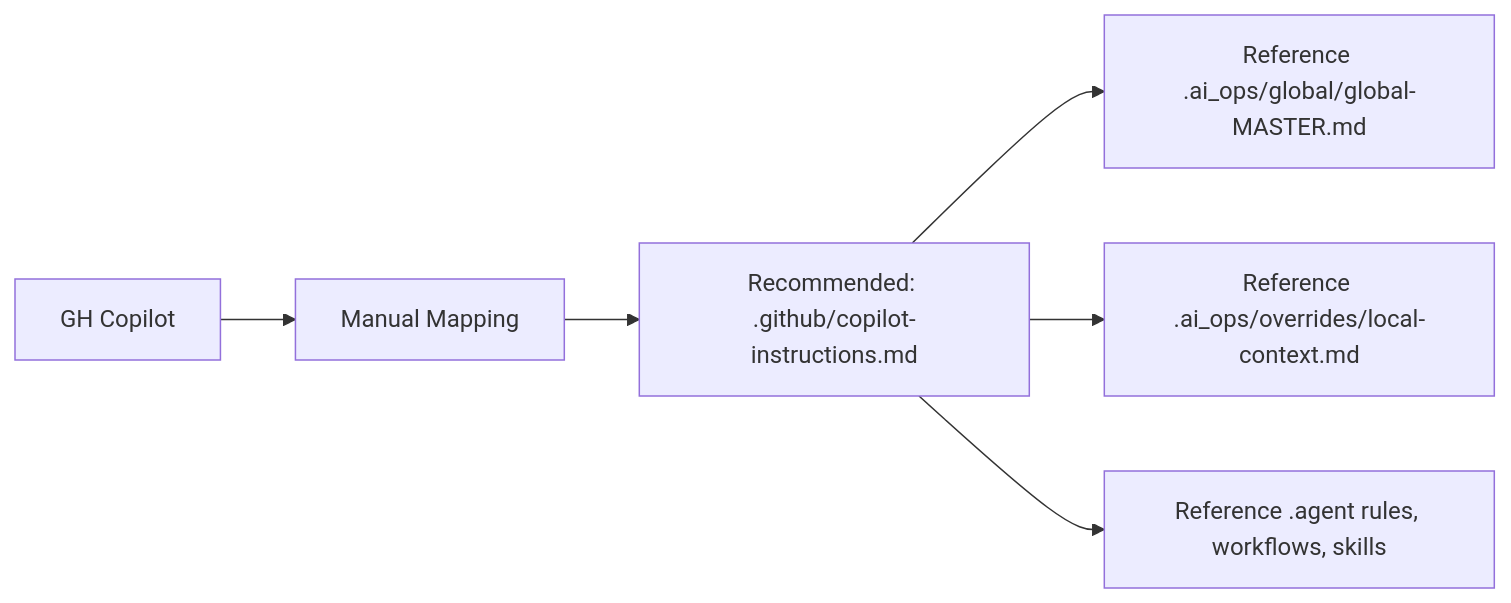
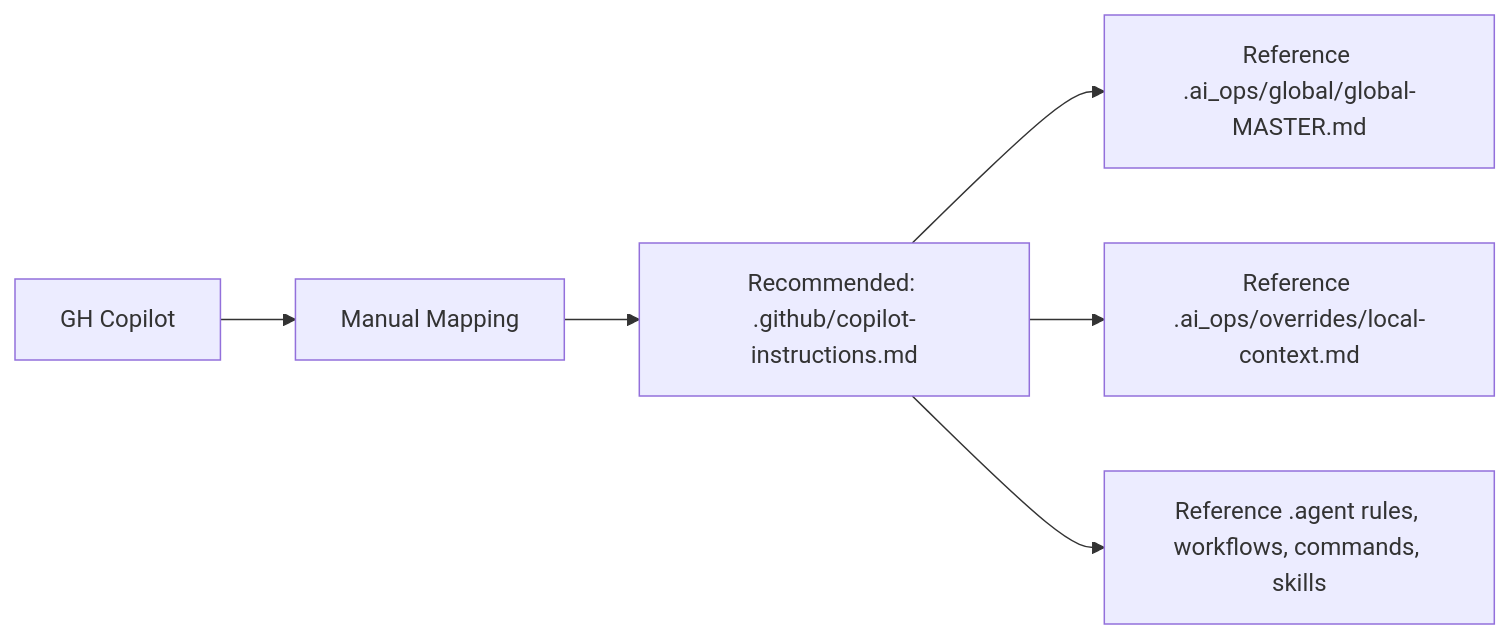
Before and after one commit to rajesharora27/central_ai_ops: the eighth of 8 diagrams in README.md, drawn with Mermaid. The commit also changed other lines of this file and 9 other files, not shown here.

````diff
--- a/README.md
+++ b/README.md
@@ -131,8 +141,8 @@
 ```mermaid
 flowchart LR
   A[GH Copilot] --> B[Manual Mapping]
   B --> C[Recommended: .github/copilot-instructions.md]
   C --> D[Reference .ai_ops/global/global-MASTER.md]
   C --> E[Reference .ai_ops/overrides/local-context.md]
-  C --> F[Reference .agent rules, workflows, skills]
+  C --> F[Reference .agent rules, workflows, commands, skills]
 ```
````
